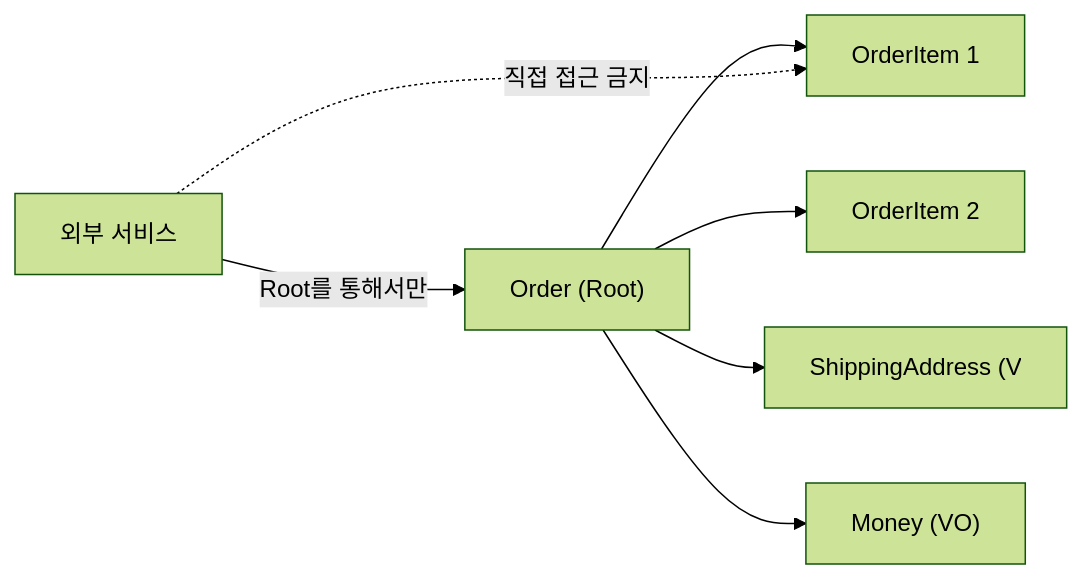
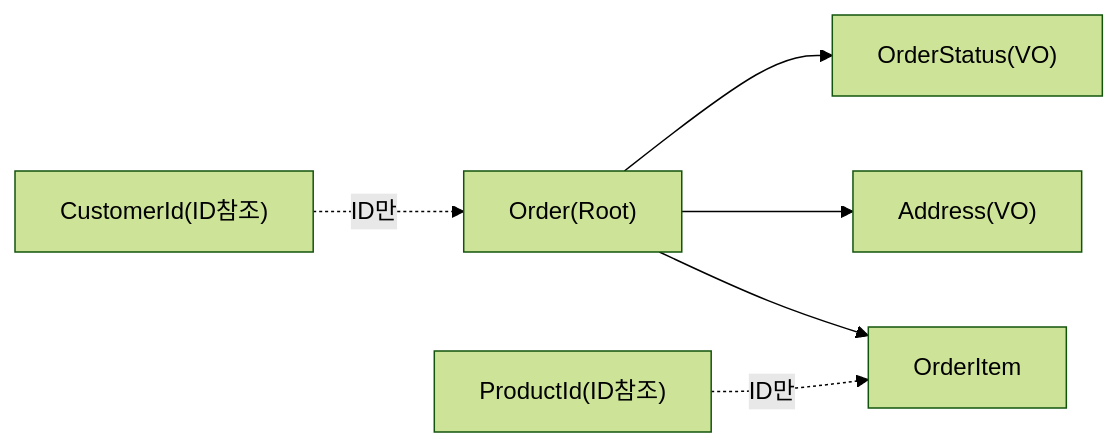
One commit to yjkim2015/yjkim2015.github.io changed the third of 4 diagrams in _posts/architecture/2026-05-01-ddd.md. Above: the diagram before and after it, drawn with Mermaid (forest theme). The commit also changed other lines of this file and 4 other files, not shown here.

````diff
--- a/_posts/architecture/2026-05-01-ddd.md
+++ b/_posts/architecture/2026-05-01-ddd.md
@@ -219,9 +594,8 @@
 ```mermaid
 graph LR
-    OR["Order (Root)"] --> OI1["OrderItem 1"]
-    OR --> OI2["OrderItem 2"]
-    OR --> ADDR["ShippingAddress (V"]
-    OR --> MONEY["Money (VO)"]
-    External["외부 서비스"] -->|"Root를 통해서만"| OR
-    External -.->|"직접 접근 금지"| OI1
+    ROOT["Order(Root)"] --> ITEM["OrderItem"]
+    ROOT --> ADDR["Address(VO)"]
+    ROOT --> STATUS["OrderStatus(VO)"]
+    EXTREF["CustomerId(ID참조)"] -.->|"ID만"| ROOT
+    EXTREF2["ProductId(ID참조)"] -.->|"ID만"| ITEM
 ```
````
